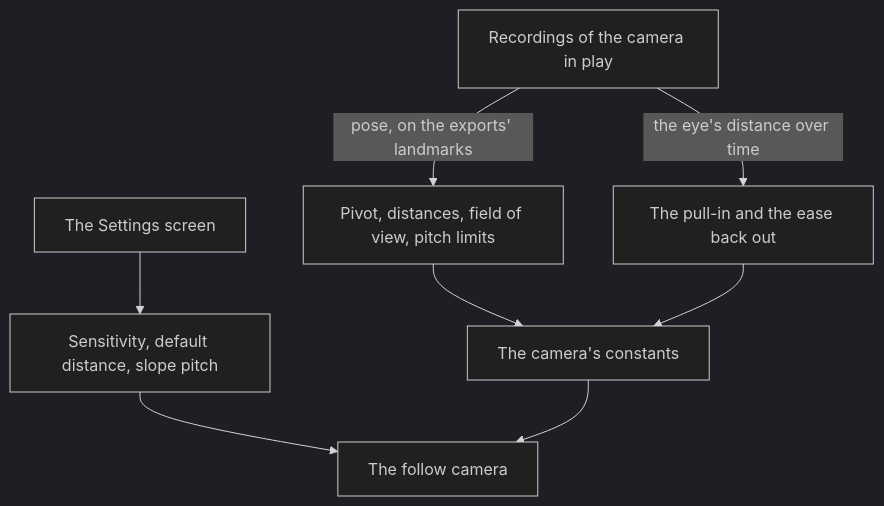
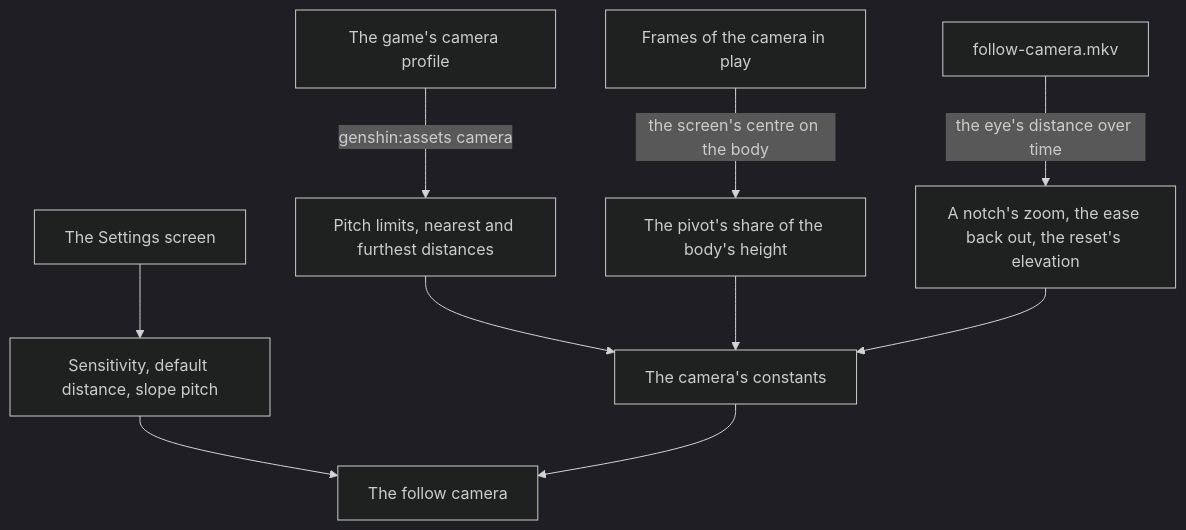
One commit to Esposter/Esposter changed the diagram in apps/web/content/docs/proposals/genshin/follow-camera.md. Above: the diagram before and after it, drawn with Mermaid (dark theme). The commit also changed other lines of this file and 24 other files, not shown here.

First line of the commit message:
feat(genshin-engine): the follow camera's field of view, pitch limits and wheel range are the game's camera profile's, read by genshin:assets camera, and its pivot is 0.70 of the body's height off recordings

````diff
--- a/apps/web/content/docs/proposals/genshin/follow-camera.md
+++ b/apps/web/content/docs/proposals/genshin/follow-camera.md
@@ -26,10 +28,12 @@
 ```mermaid
 flowchart TD
-  REC["Recordings of the camera in play"] -->|"pose, on the exports' landmarks"| POSE["Pivot, distances, field of view, pitch limits"]
-  REC -->|"the eye's distance over time"| EASE["The pull-in and the ease back out"]
+  PROFILE["The game's camera profile"] -->|"genshin:assets camera"| LIMITS["Pitch limits, nearest and furthest distances"]
+  FRAMES["Frames of the camera in play"] -->|"the screen's centre on the body"| PIVOT["The pivot's share of the body's height"]
+  REC["follow-camera.mkv"] -->|"the eye's distance over time"| EASE["A notch's zoom, the ease back out, the reset's elevation"]
   SET["The Settings screen"] --> USER["Sensitivity, default distance, slope pitch"]
-  POSE --> CONST["The camera's constants"]
+  LIMITS --> CONST["The camera's constants"]
+  PIVOT --> CONST
   EASE --> CONST
   USER --> CAM["The follow camera"]
   CONST --> CAM
 ```
````
